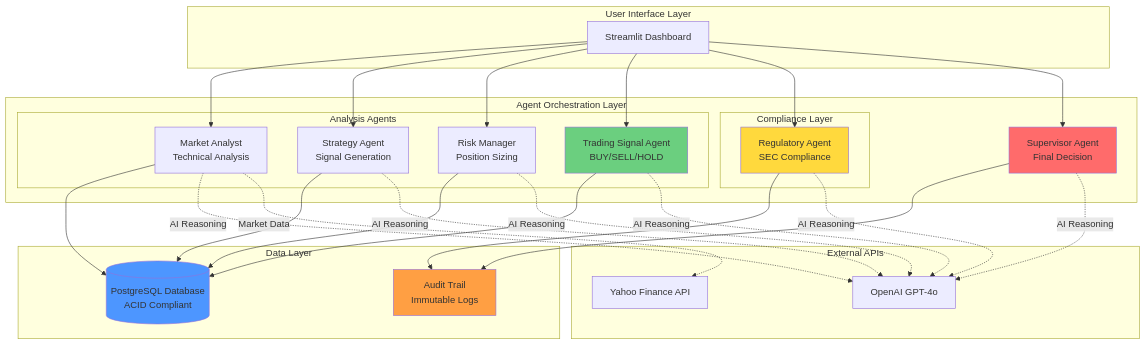
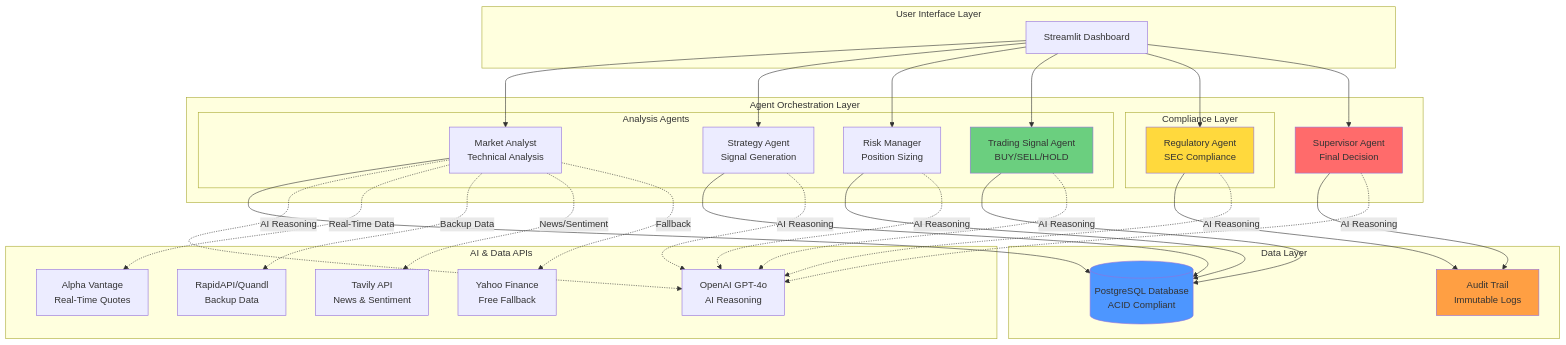
Before and after one commit to Bhardwaj-Saurabh/Agentic_Alpha_Trading_System: the first of 8 diagrams in README.md, drawn with Mermaid. The commit also changed other lines of this file and 4 other files, not shown here.

````diff
--- a/README.md
+++ b/README.md
@@ -32,60 +36,66 @@
 ```mermaid
 graph TB
     subgraph "User Interface Layer"
         UI[Streamlit Dashboard]
     end
 
     subgraph "Agent Orchestration Layer"
         SUPERVISOR[Supervisor Agent<br/>Final Decision]
 
         subgraph "Analysis Agents"
             MARKET[Market Analyst<br/>Technical Analysis]
             STRATEGY[Strategy Agent<br/>Signal Generation]
             RISK[Risk Manager<br/>Position Sizing]
             SIGNAL[Trading Signal Agent<br/>BUY/SELL/HOLD]
         end
 
         subgraph "Compliance Layer"
             REGULATORY[Regulatory Agent<br/>SEC Compliance]
         end
     end
 
     subgraph "Data Layer"
         DB[(PostgreSQL Database<br/>ACID Compliant)]
         AUDIT[Audit Trail<br/>Immutable Logs]
     end
 
-    subgraph "External APIs"
-        OPENAI[OpenAI GPT-4o]
-        YAHOO[Yahoo Finance API]
+    subgraph "AI & Data APIs"
+        OPENAI[OpenAI GPT-4o<br/>AI Reasoning]
+        ALPHA[Alpha Vantage<br/>Real-Time Quotes]
+        RAPID[RapidAPI/Quandl<br/>Backup Data]
+        TAVILY[Tavily API<br/>News & Sentiment]
+        YAHOO[Yahoo Finance<br/>Free Fallback]
     end
 
     UI --> MARKET
     UI --> STRATEGY
     UI --> RISK
     UI --> SIGNAL
     UI --> REGULATORY
     UI --> SUPERVISOR
 
     MARKET --> DB
     STRATEGY --> DB
     RISK --> DB
     SIGNAL --> DB
     REGULATORY --> AUDIT
     SUPERVISOR --> AUDIT
 
     MARKET -.->|AI Reasoning| OPENAI
     STRATEGY -.->|AI Reasoning| OPENAI
     RISK -.->|AI Reasoning| OPENAI
     SIGNAL -.->|AI Reasoning| OPENAI
     REGULATORY -.->|AI Reasoning| OPENAI
     SUPERVISOR -.->|AI Reasoning| OPENAI
 
-    MARKET -.->|Market Data| YAHOO
+    MARKET -.->|Real-Time Data| ALPHA
+    MARKET -.->|Backup Data| RAPID
+    MARKET -.->|News/Sentiment| TAVILY
+    MARKET -.->|Fallback| YAHOO
 
     style SUPERVISOR fill:#ff6b6b
     style REGULATORY fill:#ffd93d
     style SIGNAL fill:#6bcf7f
     style DB fill:#4d96ff
     style AUDIT fill:#ff9f43
 ```
````
